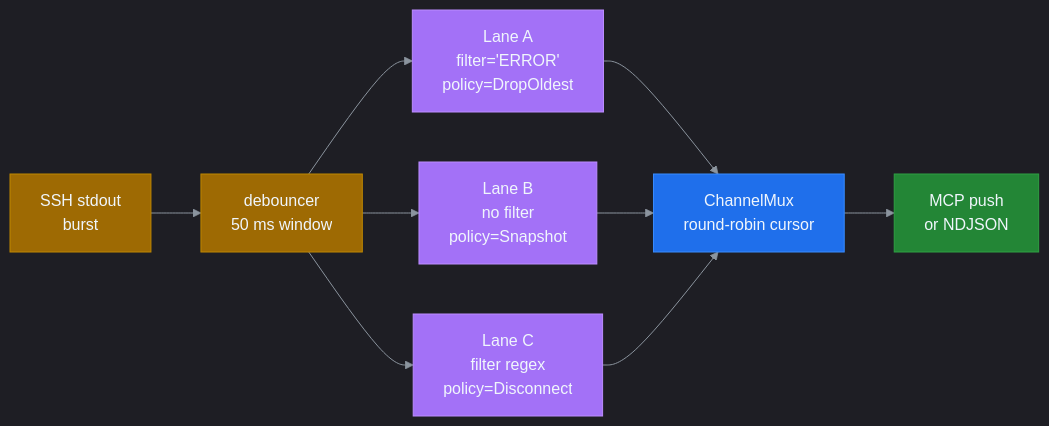
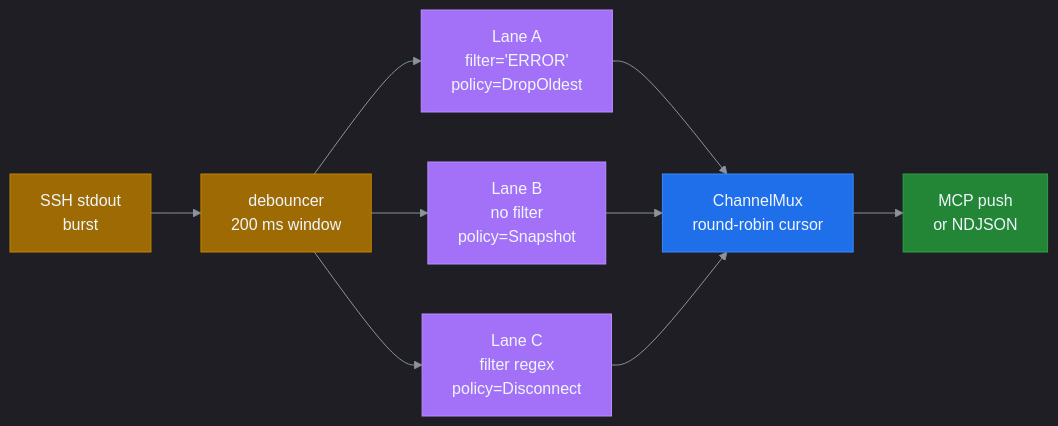
The third of 3 diagrams in README.md (farchanjo/ssh-mcp), drawn with Mermaid before and after one commit. The commit also changed other lines of this file and 12 other files, not shown here.

````diff
--- a/README.md
+++ b/README.md
@@ -147,29 +147,29 @@
 ```mermaid
 %%{init: {'theme':'dark','themeVariables':{'primaryColor':'#1f6feb','primaryTextColor':'#f0f6fc','primaryBorderColor':'#388bfd','lineColor':'#8b949e','secondaryColor':'#161b22','tertiaryColor':'#21262d','background':'#0d1117','mainBkg':'#161b22','secondBkg':'#21262d','tertiaryBkg':'#0d1117','nodeTextColor':'#f0f6fc','edgeLabelBackground':'#21262d','clusterBkg':'#161b22','clusterBorder':'#30363d','titleColor':'#f0f6fc'}}}%%
 flowchart LR
     SRC["SSH stdout<br/>burst"]
-    DEB["debouncer<br/>50 ms window"]
+    DEB["debouncer<br/>200 ms window"]
     LA["Lane A<br/>filter='ERROR'<br/>policy=DropOldest"]
     LB["Lane B<br/>no filter<br/>policy=Snapshot"]
     LC["Lane C<br/>filter regex<br/>policy=Disconnect"]
     MUX["ChannelMux<br/>round-robin cursor"]
     OUT["MCP push<br/>or NDJSON"]
 
     SRC --> DEB
     DEB --> LA
     DEB --> LB
     DEB --> LC
     LA --> MUX
     LB --> MUX
     LC --> MUX
     MUX --> OUT
 
     classDef src fill:#9e6a03,color:#f0f6fc,stroke:#bf8700
     classDef lane fill:#a371f7,color:#f0f6fc,stroke:#bc8cff
     classDef rt fill:#1f6feb,color:#f0f6fc,stroke:#388bfd
     classDef sink fill:#238636,color:#f0f6fc,stroke:#2ea043
     class SRC,DEB src
     class LA,LB,LC lane
     class MUX rt
     class OUT sink
 ```
````
